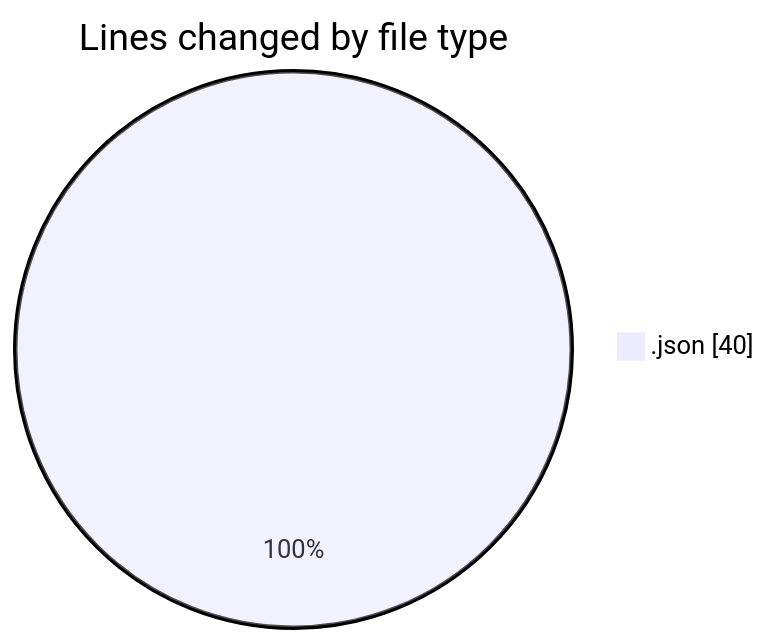
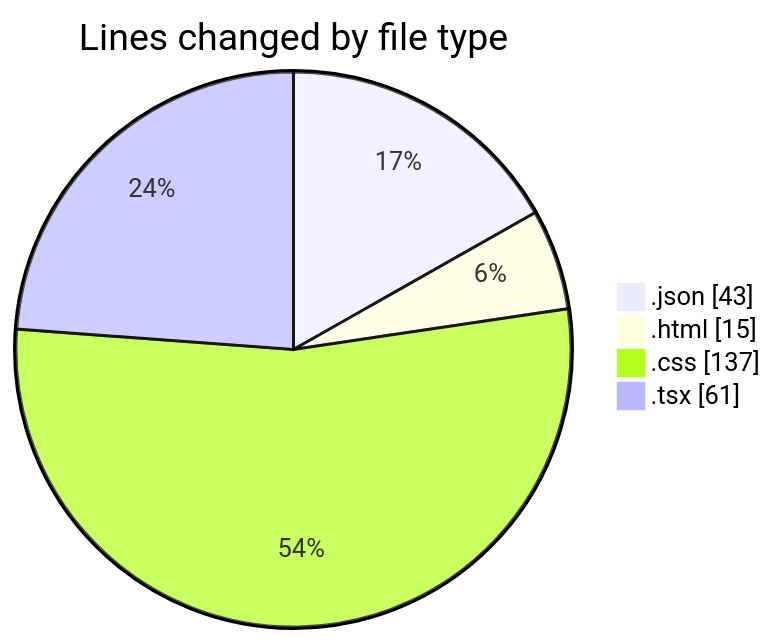
Before and after one commit to EIIisD/code-tracking: the first of 2 diagrams in 2025-08-06/remakes/README.md, drawn with Mermaid. The commit also changed other lines of this file and 1 other file, not shown here.

````diff
--- a/2025-08-06/remakes/README.md
+++ b/2025-08-06/remakes/README.md
@@ -20,5 +24,8 @@
 ```mermaid
 pie showData
 title Lines changed by file type
-".json" : 40
+".json" : 43
+".html" : 15
+".css" : 137
+".tsx" : 61
 ```
````
